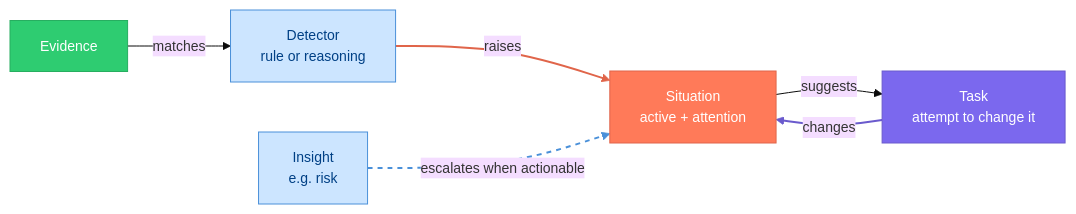
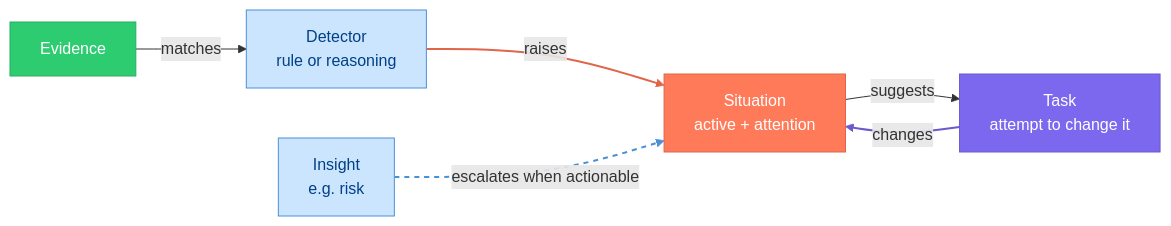
The second of 2 diagrams in specs/situations.md (alex-oleshkevich/dailydrift), drawn with Mermaid before and after one commit. The commit also changed other lines of this file and 44 other files, not shown here.

````diff
--- a/specs/situations.md
+++ b/specs/situations.md
@@ -216,25 +215,24 @@
 ```mermaid
-%%{init: {'theme': 'base', 'themeVariables': {'fontSize': '14px'}}}%%
 flowchart LR
     classDef fact fill:#2ECC71,stroke:#27AE60,color:#fff
     classDef discovery fill:#CCE5FF,stroke:#4A90D9,color:#004085
     classDef action fill:#CCE5FF,stroke:#4A90D9,color:#004085
     classDef condition fill:#FF7A59,stroke:#E0654A,color:#fff
     classDef work fill:#7B68EE,stroke:#6A5ACD,color:#fff
 
     EV["Evidence"]:::fact
-    DET["Detector\nrule or reasoning"]:::action
-    INS["Insight\ne.g. risk"]:::discovery
-    SIT["Situation\nactive + attention"]:::condition
-    TASK["Task\nattempt to change it"]:::work
+    DET["Detector<br/>rule or reasoning"]:::action
+    INS["Insight<br/>e.g. risk"]:::discovery
+    SIT["Situation<br/>active + attention"]:::condition
+    TASK["Task<br/>attempt to change it"]:::work
 
     EV -->|"matches"| DET
     DET -->|"raises"| SIT
     INS -.->|"escalates when actionable"| SIT
     SIT -->|"suggests"| TASK
     TASK -->|"changes"| SIT
 
     linkStyle 1 stroke:#E0654A,stroke-width:2px
     linkStyle 2 stroke:#4A90D9,stroke-width:2px,stroke-dasharray:5 5
     linkStyle 4 stroke:#6A5ACD,stroke-width:2px
 ```
````
